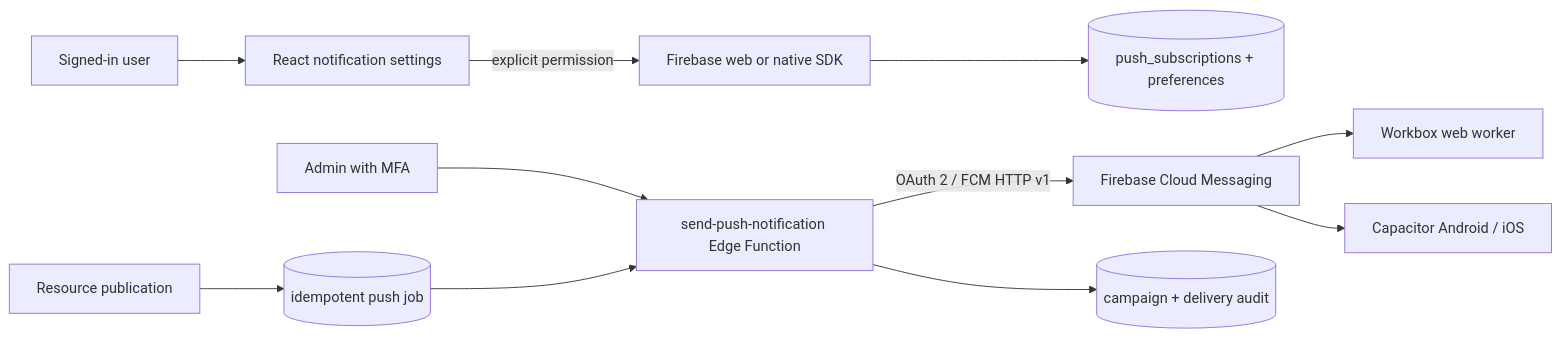
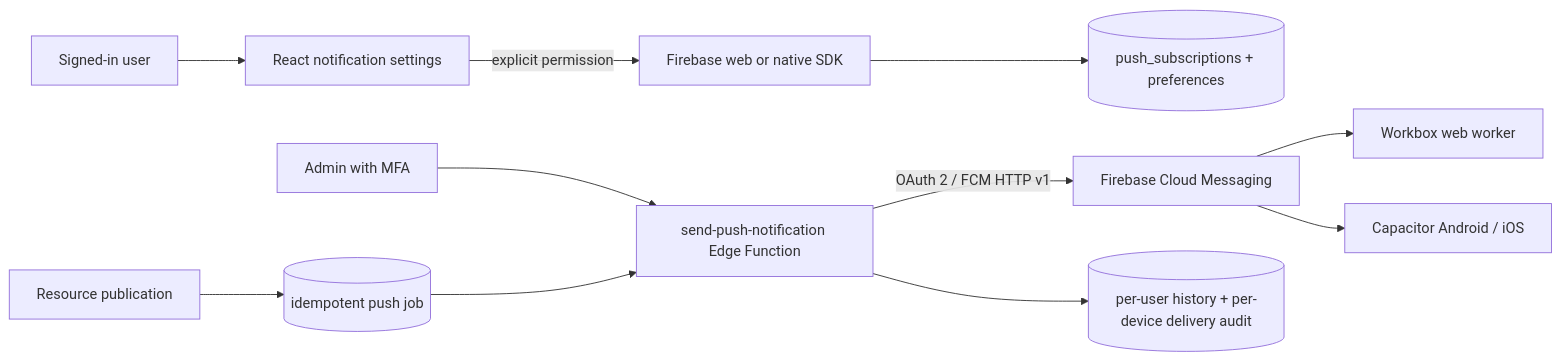
One commit to SanjelNirmal/JBCATHENAEUM changed the diagram in docs/PUSH_NOTIFICATIONS.md. Above: the diagram before and after it, drawn with Mermaid. The commit also changed other lines of this file and 35 other files, not shown here.

````diff
--- a/docs/PUSH_NOTIFICATIONS.md
+++ b/docs/PUSH_NOTIFICATIONS.md
@@ -5,12 +5,12 @@
 ```mermaid
 flowchart LR
   U[Signed-in user] --> C[React notification settings]
   C -->|explicit permission| F[Firebase web or native SDK]
   F --> S[(push_subscriptions + preferences)]
   A[Admin with MFA] --> E[send-push-notification Edge Function]
   P[Resource publication] --> J[(idempotent push job)] --> E
   E -->|OAuth 2 / FCM HTTP v1| G[Firebase Cloud Messaging]
   G --> W[Workbox web worker]
   G --> N[Capacitor Android / iOS]
-  E --> D[(campaign + delivery audit)]
+  E --> D[(per-user history + per-device delivery audit)]
 ```
````
